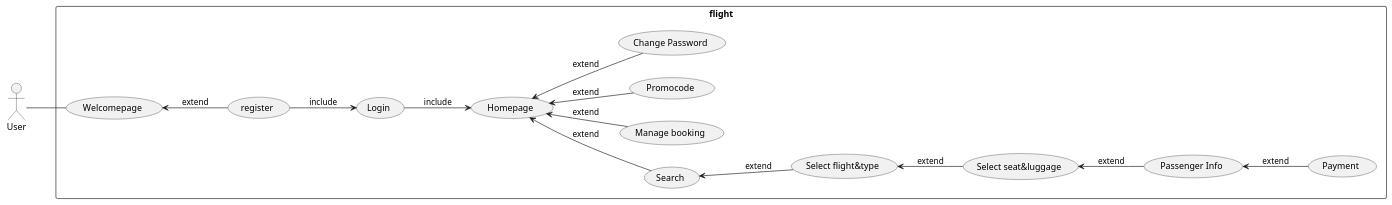
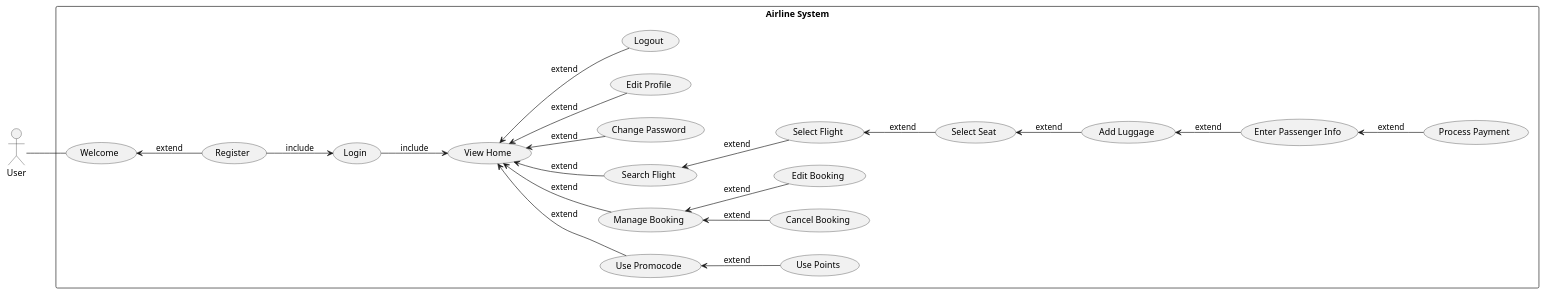
Before and after one commit to Nonnnchun/OOP_project: the diagram in .Shit-airline/userCaseDiagram/userCaseDiagram.plantuml, drawn with PlantUML. The commit also changed 36 other files, not shown here.

```diff
--- a/.Shit-airline/userCaseDiagram/userCaseDiagram.plantuml
+++ b/.Shit-airline/userCaseDiagram/userCaseDiagram.plantuml
@@ -1,31 +1,44 @@
 @startuml userCaseDiagram
 
 left to right direction
 actor "User" as user
-rectangle flight {
-   usecase "Welcomepage" as welcomepage
-   usecase "Search" as search
-   usecase "Manage booking" as managebooking
-   usecase "Promocode" as promocode
-   usecase "Payment" as payment
+rectangle "Airline System" {
+   usecase "Welcome" as welcome
+   usecase "Search Flight" as search
+   usecase "Manage Booking" as managebooking
+   usecase "Use Promocode" as promocode
+   usecase "Process Payment" as payment
    usecase "Login" as login
-   usecase "register" as register
-   usecase "Select seat&luggage" as selectseats
-   usecase "Select flight&type" as selectflight
-   usecase "Passenger Info"as passengerinfo
-   usecase "Homepage"  as homepage
-   usecase "Change Password"  as changepassword
+   usecase "Register" as register
+   usecase "Select Seat" as selectseat
+   usecase "Add Luggage" as addluggage
+   usecase "Select Flight" as selectflight
+   usecase "Enter Passenger Info" as passengerinfo
+   usecase "View Home" as home
+   usecase "Change Password" as changepassword
+   usecase "Edit Profile" as editprofile
+   usecase "Use Points" as usepoints
+   usecase "Cancel Booking" as cancelbooking
+   usecase "Edit Booking" as editbooking
+   usecase "Logout" as logout
 }
-user -- welcomepage
-register -up-> welcomepage:extend
-register --> login:include
-login --> homepage:include
-search -up-> homepage:extend
-selectflight -up-> search:extend
-selectseats -up-> selectflight:extend
-passengerinfo -up-> selectseats:extend
-payment -up-> passengerinfo:extend
-managebooking -up-> homepage:extend
-promocode -up-> homepage:extend
-changepassword -up-> homepage:extend
+
+user -- welcome
+register -up-> welcome: extend
+register --> login: include
+login --> home: include
+search -up-> home: extend
+selectflight -up-> search: extend
+selectseat -up-> selectflight: extend
+addluggage -up-> selectseat: extend
+passengerinfo -up-> addluggage: extend
+payment -up-> passengerinfo: extend
+managebooking -up-> home: extend
+editbooking -up-> managebooking: extend
+cancelbooking -up-> managebooking: extend
+promocode -up-> home: extend
+usepoints -up-> promocode: extend
+changepassword -up-> home: extend
+editprofile -up-> home: extend
+logout -up-> home: extend
 @enduml
```
